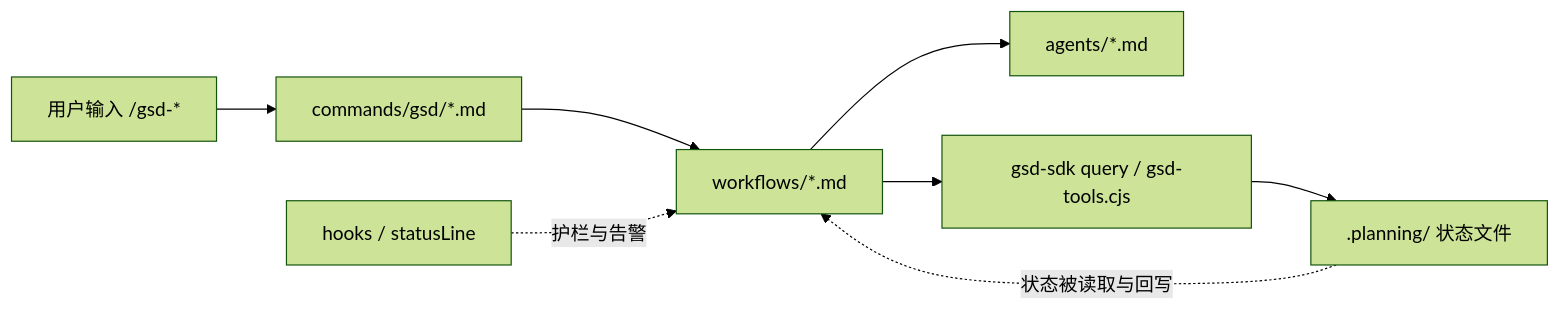
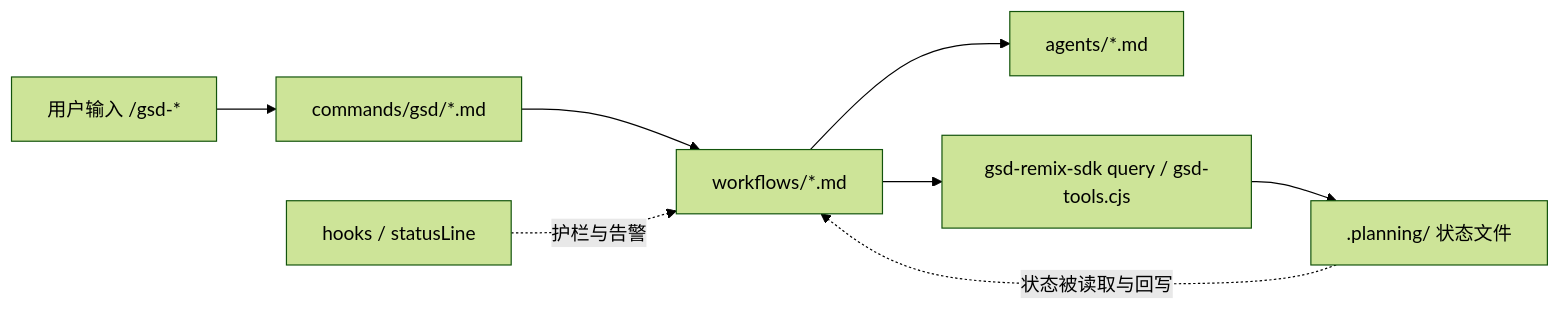
One commit to Wynne-cwb/gsd-remix changed the first of 12 diagrams in docs/zh-CN/CLAUDE-CODE-DEEP-DIVE.md. Above: the diagram before and after it, drawn with Mermaid (forest theme). The commit also changed other lines of this file and 177 other files, not shown here.

Commit message:
feat: isolate remix sdk namespace

````diff
--- a/docs/zh-CN/CLAUDE-CODE-DEEP-DIVE.md
+++ b/docs/zh-CN/CLAUDE-CODE-DEEP-DIVE.md
@@ -62,10 +62,10 @@
 ```mermaid
 flowchart LR
   U["用户输入 /gsd-*"] --> C["commands/gsd/*.md"]
   C --> W["workflows/*.md"]
   W --> A["agents/*.md"]
-  W --> Q["gsd-sdk query / gsd-tools.cjs"]
+  W --> Q["gsd-remix-sdk query / gsd-tools.cjs"]
   Q --> P[".planning/ 状态文件"]
   P -. 状态被读取与回写 .-> W
   H["hooks / statusLine"] -. 护栏与告警 .-> W
 ```
````
